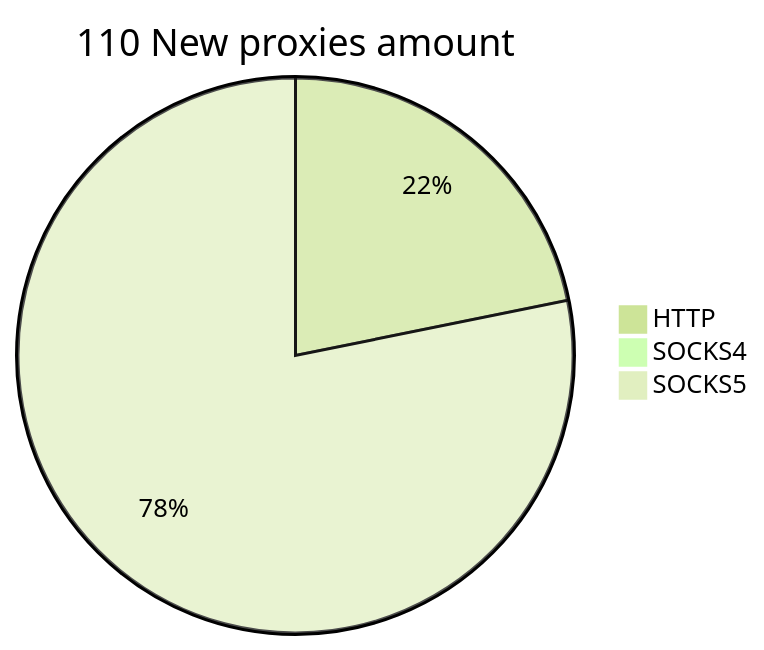
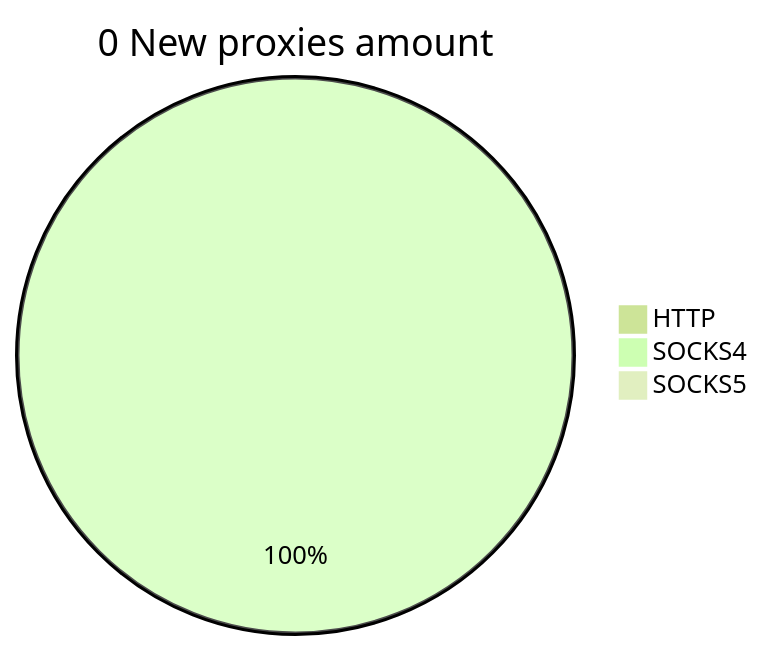
One commit to cutipu/proxylist changed the second of 2 diagrams in README.md. Above: the diagram before and after it, drawn with Mermaid (forest theme). The commit also changed other lines of this file, not shown here.

````diff
--- a/README.md
+++ b/README.md
@@ -10,6 +10,6 @@
 ```mermaid
-pie title 110 New proxies amount
-    "HTTP" : 24
-    "SOCKS4" : 0
-    "SOCKS5" : 86
+pie title 0 New proxies amount
+    "HTTP" : 0
+    "SOCKS4" : 1
+    "SOCKS5" : 0
 ```
````
